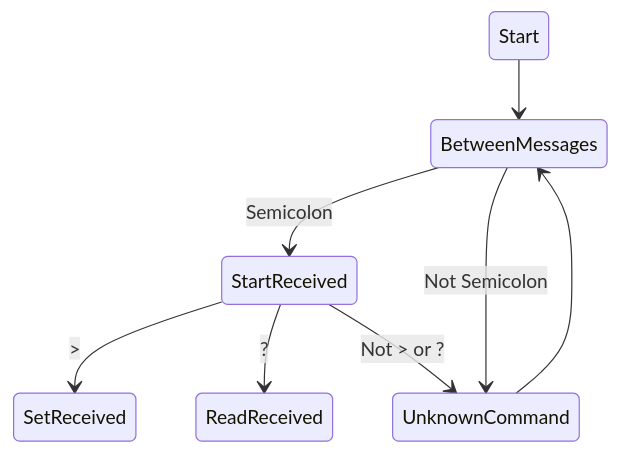
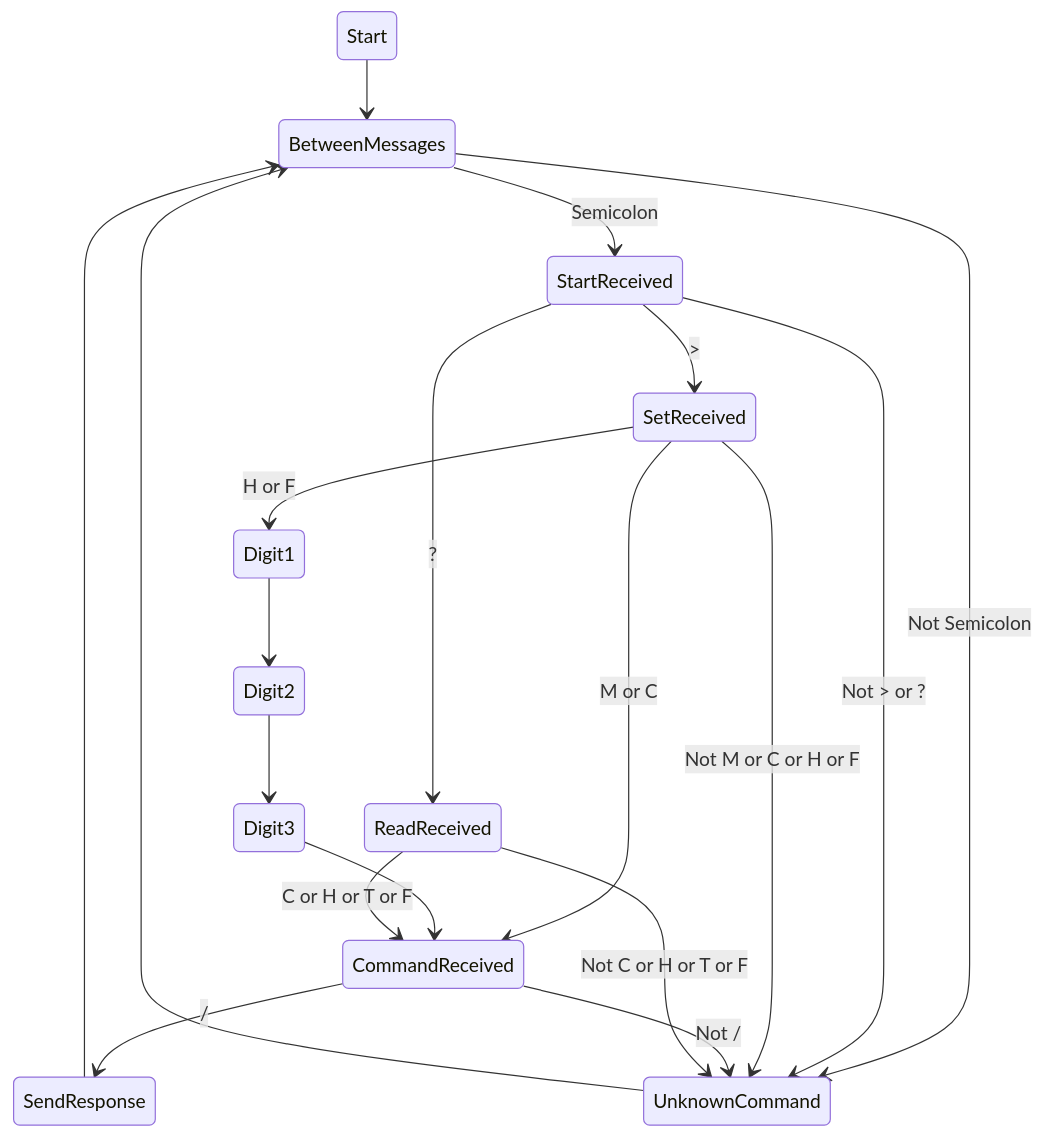
One commit to NSE-labs/CoffeeRoasterV2 changed the diagram in Documentation/Protocol State Machine.md. Above: the diagram before and after it, drawn with Mermaid.

Commit message:
Update Protocol State Machine.md

````diff
--- a/Documentation/Protocol State Machine.md
+++ b/Documentation/Protocol State Machine.md
@@ -5,12 +5,21 @@
 ```mermaid
   stateDiagram-V2
       Start --> BetweenMessages
       BetweenMessages --> StartReceived : Semicolon
       BetweenMessages --> UnknownCommand : Not Semicolon
       UnknownCommand --> BetweenMessages
       StartReceived --> SetReceived : >
       StartReceived --> ReadReceived : ?
       StartReceived --> UnknownCommand : Not > or ?
-
-      
+      SetReceived --> CommandReceived : M or C
+      SetReceived --> Digit1 : H or F
+      SetReceived --> UnknownCommand : Not M or C or H or F
+      Digit1 --> Digit2
+      Digit2 --> Digit3
+      Digit3 --> CommandReceived
+      CommandReceived --> SendResponse : /
+      CommandReceived --> UnknownCommand : Not /
+      SendResponse --> BetweenMessages
+      ReadReceived --> CommandReceived : C or H or T or F
+      ReadReceived --> UnknownCommand : Not C or H or T or F    
 ```
````
